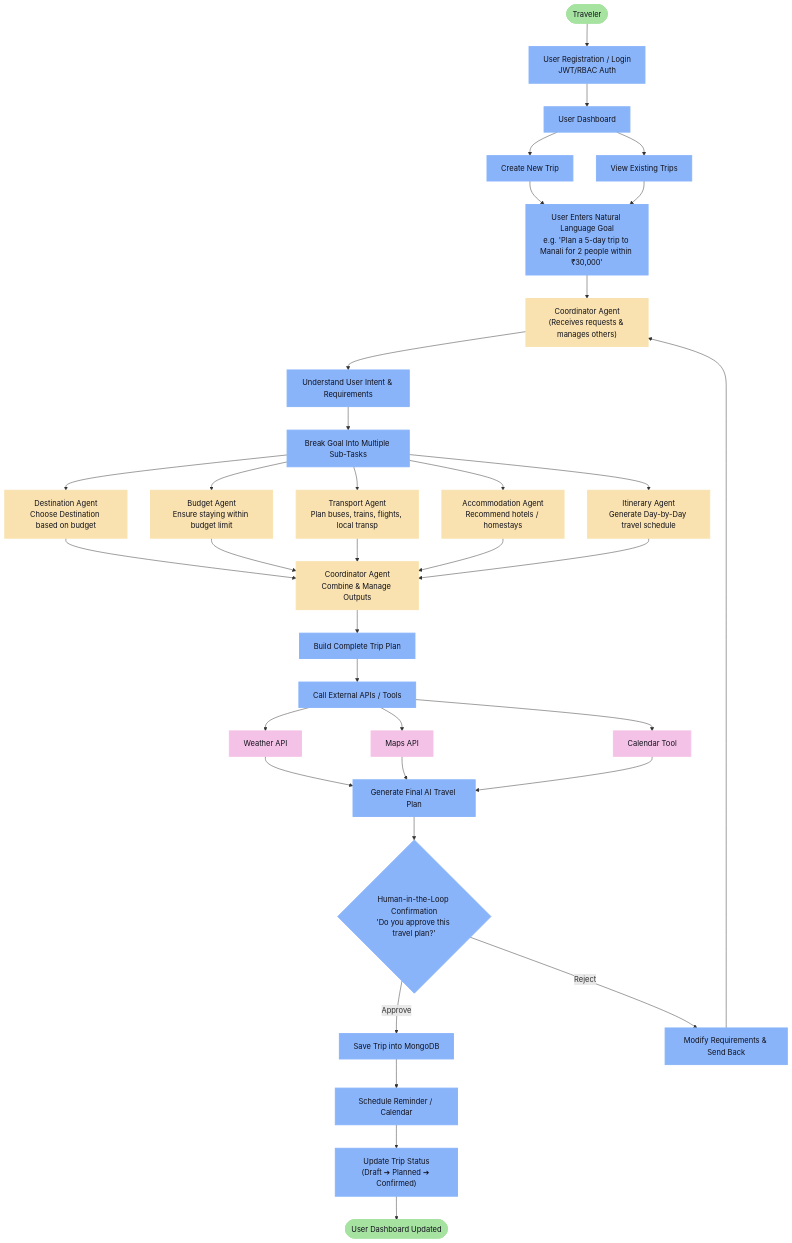
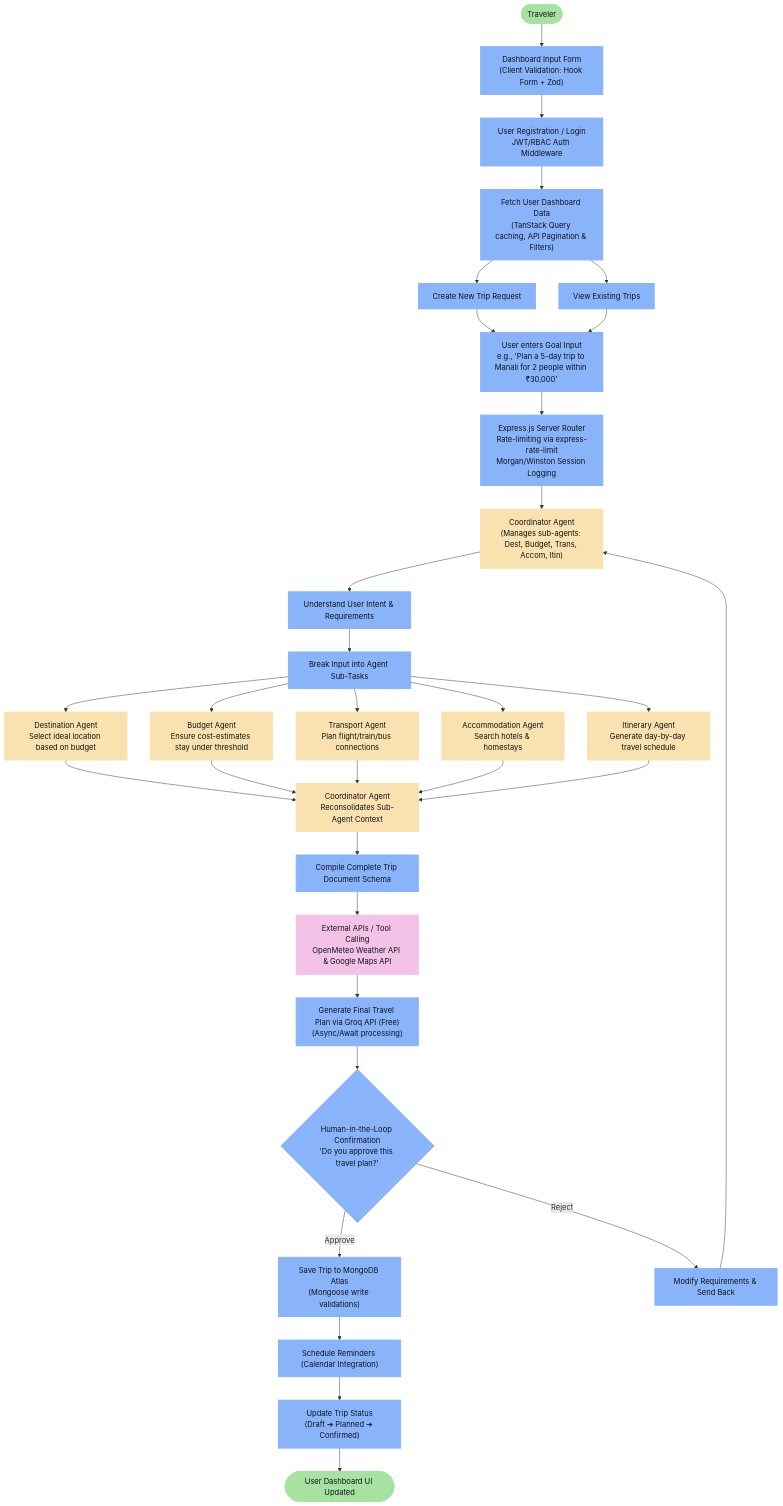
Before and after one commit to Dhayananth1511/AI-Travel-Planner_CapStoneProject_Presidio_InternShip: the first of 5 diagrams in README.md, drawn with Mermaid. The commit also changed other lines of this file, not shown here.

Commit message:
Flow chart

````diff
--- a/README.md
+++ b/README.md
@@ -14,56 +22,52 @@
 ```mermaid
 graph TD
     %% Styling and config
     classDef default fill:#1e1e2e,stroke:#cdd6f4,stroke-width:2px,color:#cdd6f4;
     classDef startEnd fill:#a6e3a1,stroke:#a6e3a1,stroke-width:2px,color:#11111b;
     classDef process fill:#89b4fa,stroke:#89b4fa,stroke-width:2px,color:#11111b;
     classDef agent fill:#f9e2af,stroke:#f9e2af,stroke-width:2px,color:#11111b;
     classDef api fill:#f5c2e7,stroke:#f5c2e7,stroke-width:2px,color:#11111b;
     
-    Traveler([Traveler]):::startEnd --> Auth["User Registration / Login<br/>JWT/RBAC Auth"]:::process
-    Auth --> Dashboard["User Dashboard"]:::process
+    Traveler([Traveler]):::startEnd --> ClientInput["Dashboard Input Form<br/>(Client Validation: Hook Form + Zod)"]:::process
+    ClientInput --> Auth["User Registration / Login<br/>JWT/RBAC Auth Middleware"]:::process
+    Auth --> FetchData["Fetch User Dashboard Data<br/>(TanStack Query caching, API Pagination & Filters)"]:::process
     
-    Dashboard --> Create["Create New Trip"]:::process
-    Dashboard --> View["View Existing Trips"]:::process
+    FetchData --> Create["Create New Trip Request"]:::process
+    FetchData --> View["View Existing Trips"]:::process
     
-    Create --> InputGoal["User Enters Natural Language Goal<br/>e.g. 'Plan a 5-day trip to Manali for 2 people within ₹30,000'"]:::process
+    Create --> InputGoal["User enters Goal Input<br/>e.g., 'Plan a 5-day trip to Manali for 2 people within ₹30,000'"]:::process
     View --> InputGoal
     
-    InputGoal --> Orchestrator["Coordinator Agent<br/>(Receives requests & manages others)"]:::agent
+    InputGoal --> ExpressRouter["Express.js Server Router<br/>Rate-limiting via express-rate-limit<br/>Morgan/Winston Session Logging"]:::process
+    
+    ExpressRouter --> Orchestrator["Coordinator Agent<br/>(Manages sub-agents: Dest, Budget, Trans, Accom, Itin)"]:::agent
     Orchestrator --> ParseIntent["Understand User Intent & Requirements"]:::process
-    ParseIntent --> SplitTasks["Break Goal Into Multiple Sub-Tasks"]:::process
+    ParseIntent --> SplitTasks["Break Input into Agent Sub-Tasks"]:::process
     
-    SplitTasks --> DestAgent["Destination Agent<br/>Choose Destination based on budget"]:::agent
-    SplitTasks --> BudgetAgent["Budget Agent<br/>Ensure staying within budget limit"]:::agent
-    SplitTasks --> TransAgent["Transport Agent<br/>Plan buses, trains, flights, local transp"]:::agent
-    SplitTasks --> AccomAgent["Accommodation Agent<br/>Recommend hotels / homestays"]:::agent
-    SplitTasks --> ItinAgent["Itinerary Agent<br/>Generate Day-by-Day travel schedule"]:::agent
+    SplitTasks --> DestAgent["Destination Agent<br/>Select ideal location based on budget"]:::agent
+    SplitTasks --> BudgetAgent["Budget Agent<br/>Ensure cost-estimates stay under threshold"]:::agent
+    SplitTasks --> TransAgent["Transport Agent<br/>Plan flight/train/bus connections"]:::agent
+    SplitTasks --> AccomAgent["Accommodation Agent<br/>Search hotels & homestays"]:::agent
+    SplitTasks --> ItinAgent["Itinerary Agent<br/>Generate day-by-day travel schedule"]:::agent
     
-    DestAgent --> Coordinator["Coordinator Agent<br/>Combine & Manage Outputs"]:::agent
+    DestAgent --> Coordinator["Coordinator Agent<br/>Reconsolidates Sub-Agent Context"]:::agent
     BudgetAgent --> Coordinator
     TransAgent --> Coordinator
     AccomAgent --> Coordinator
     ItinAgent --> Coordinator
     
-    Coordinator --> BuildPlan["Build Complete Trip Plan"]:::process
-    BuildPlan --> ToolCall["Call External APIs / Tools"]:::process
+    Coordinator --> BuildPlan["Compile Complete Trip Document Schema"]:::process
+    BuildPlan --> ToolCall["External APIs / Tool Calling<br/>OpenMeteo Weather API & Google Maps API"]:::api
     
-    ToolCall --> WeatherAPI["Weather API"]:::api
-    ToolCall --> MapsAPI["Maps API"]:::api
-    ToolCall --> CalendarTool["Calendar Tool"]:::api
+    ToolCall --> GenPlan["Generate Final Travel Plan via Groq API (Free)<br/>(Async/Await processing)"]:::process
+    GenPlan --> HITL{"Human-in-the-Loop Confirmation<br/>'Do you approve this travel plan?'"}:::process
     
-    WeatherAPI --> MergePlan["Generate Final AI Travel Plan"]:::process
-    MapsAPI --> MergePlan
-    CalendarTool --> MergePlan
-    
-    MergePlan --> HITL{"Human-in-the-Loop Confirmation<br/>'Do you approve this travel plan?'"}:::process
-    
-    HITL -->|Approve| SaveDB["Save Trip into MongoDB"]:::process
+    HITL -->|Approve| SaveDB["Save Trip to MongoDB Atlas<br/>(Mongoose write validations)"]:::process
     HITL -->|Reject| ModifyReq["Modify Requirements & Send Back"]:::process
     
-    SaveDB --> ScheduleRem["Schedule Reminder / Calendar"]:::process
+    SaveDB --> ScheduleRem["Schedule Reminders (Calendar Integration)"]:::process
     ModifyReq --> Orchestrator
     
     ScheduleRem --> UpdateStatus["Update Trip Status<br/>(Draft ➔ Planned ➔ Confirmed)"]:::process
-    UpdateStatus --> DashboardUpdate([User Dashboard Updated]):::startEnd
+    UpdateStatus --> DashboardUpdate([User Dashboard UI Updated]):::startEnd
 ```
````
